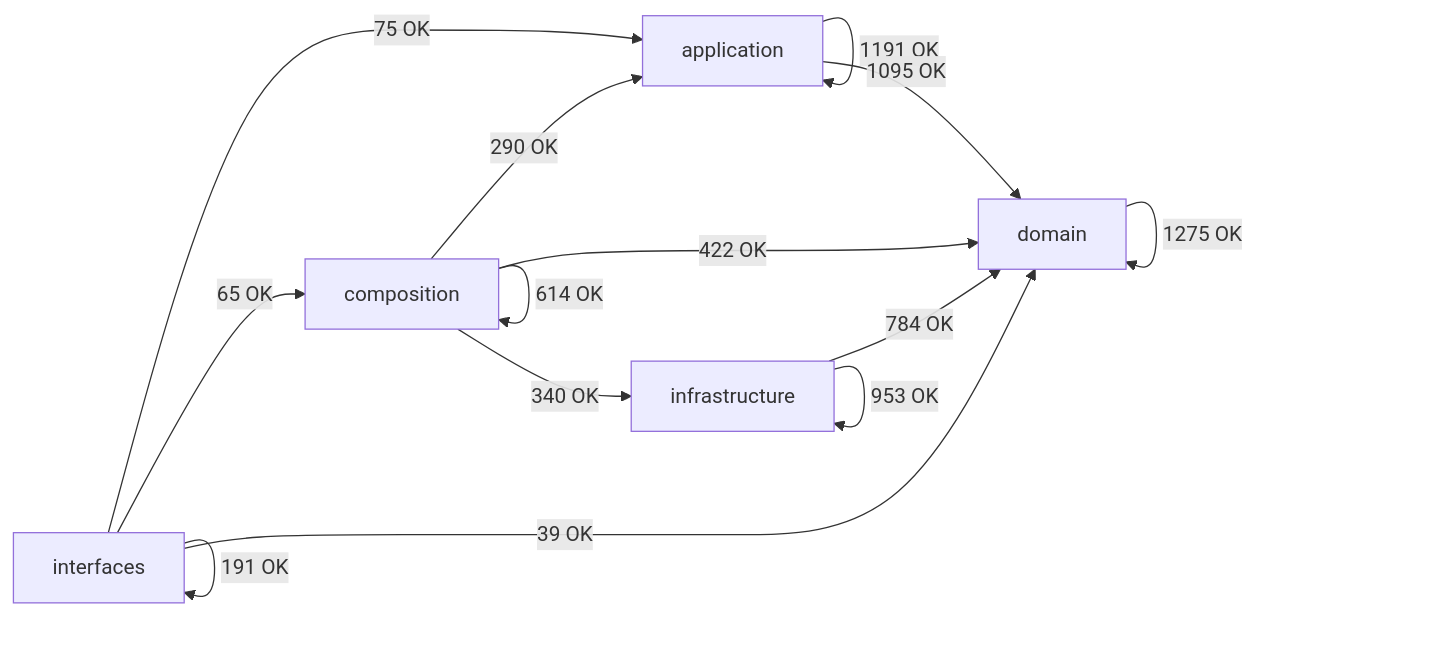
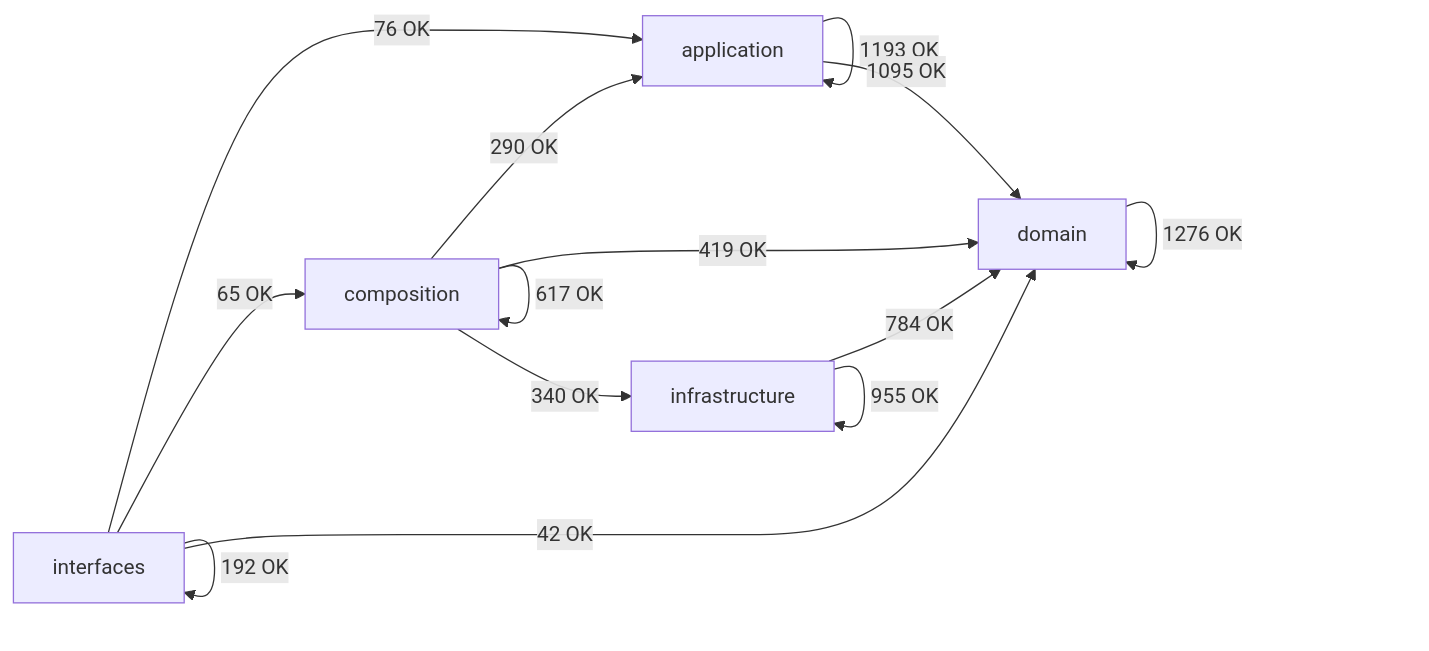
One commit to SatoryKono/BioactivityDataAcquisition changed the diagram in docs/02-architecture/generated/module-dependency-map.md. Above: the diagram before and after it, drawn with Mermaid. The commit also changed other lines of this file and 6 other files, not shown here.

Commit message:
refactor(architecture): reduce cross-layer module-group coupling

````diff
--- a/docs/02-architecture/generated/module-dependency-map.md
+++ b/docs/02-architecture/generated/module-dependency-map.md
@@ -17,21 +17,21 @@
 ```mermaid
 flowchart LR
     domain[domain]
     application[application]
     infrastructure[infrastructure]
     composition[composition]
     interfaces[interfaces]
-    application -->|1191 OK| application
+    application -->|1193 OK| application
     application -->|1095 OK| domain
     composition -->|290 OK| application
-    composition -->|614 OK| composition
-    composition -->|422 OK| domain
+    composition -->|617 OK| composition
+    composition -->|419 OK| domain
     composition -->|340 OK| infrastructure
-    domain -->|1275 OK| domain
+    domain -->|1276 OK| domain
     infrastructure -->|784 OK| domain
-    infrastructure -->|953 OK| infrastructure
-    interfaces -->|75 OK| application
+    infrastructure -->|955 OK| infrastructure
+    interfaces -->|76 OK| application
     interfaces -->|65 OK| composition
-    interfaces -->|39 OK| domain
-    interfaces -->|191 OK| interfaces
+    interfaces -->|42 OK| domain
+    interfaces -->|192 OK| interfaces
 ```
````
